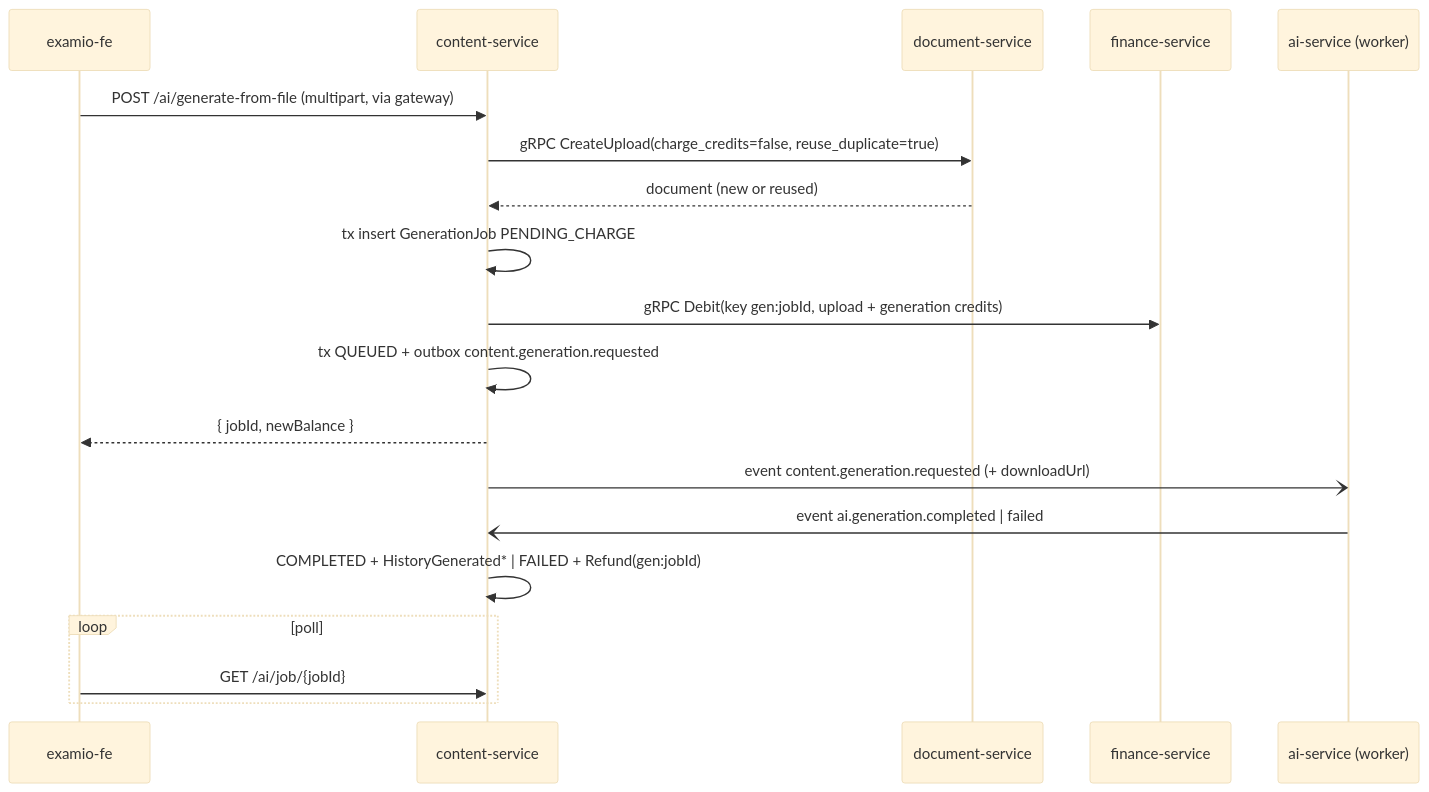
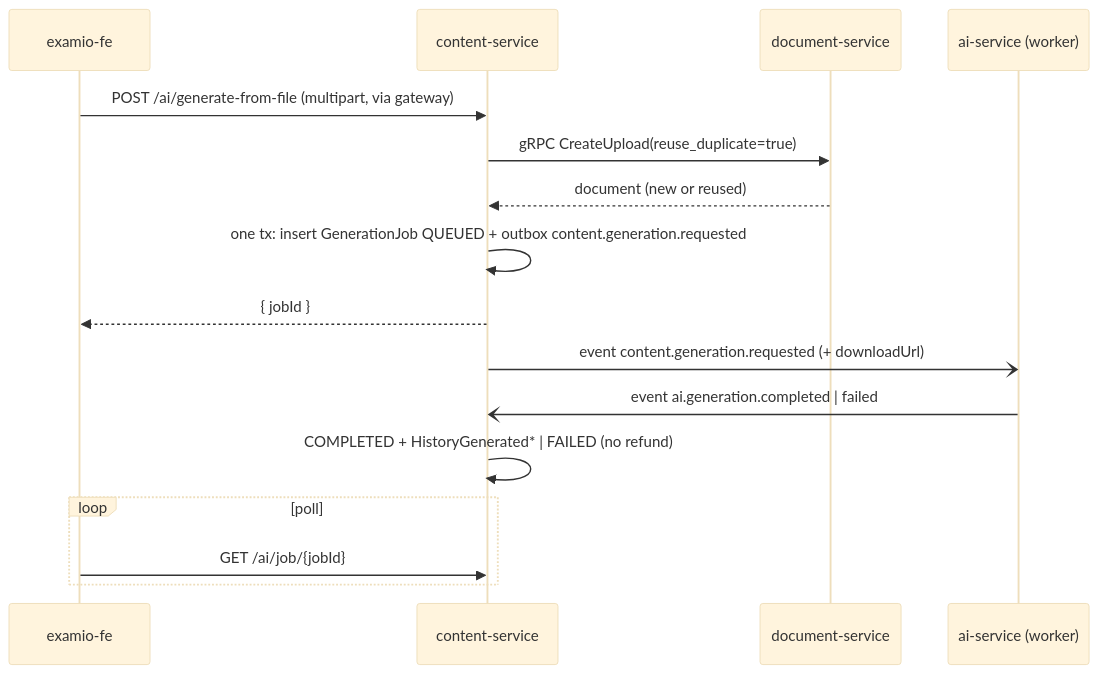
One commit to tgiap04/examio changed the fifth of 9 diagrams in docs/system/architecture.md. Above: the diagram before and after it, drawn with Mermaid (base theme). The commit also changed other lines of this file and 48 other files, not shown here.

Commit message:
docs: drop finance from architecture, system and feature docs

````diff
--- a/docs/system/architecture.md
+++ b/docs/system/architecture.md
@@ -291,21 +279,18 @@
 ```mermaid
 sequenceDiagram
     participant FE as examio-fe
     participant EX as content-service
     participant DOC as document-service
-    participant FIN as finance-service
     participant AI as ai-service (worker)
     FE->>EX: POST /ai/generate-from-file (multipart, via gateway)
-    EX->>DOC: gRPC CreateUpload(charge_credits=false, reuse_duplicate=true)
+    EX->>DOC: gRPC CreateUpload(reuse_duplicate=true)
     DOC-->>EX: document (new or reused)
-    EX->>EX: tx insert GenerationJob PENDING_CHARGE
-    EX->>FIN: gRPC Debit(key gen:jobId, upload + generation credits)
-    EX->>EX: tx QUEUED + outbox content.generation.requested
-    EX-->>FE: { jobId, newBalance }
+    EX->>EX: one tx: insert GenerationJob QUEUED + outbox content.generation.requested
+    EX-->>FE: { jobId }
     EX-)AI: event content.generation.requested (+ downloadUrl)
     AI-)EX: event ai.generation.completed | failed
-    EX->>EX: COMPLETED + HistoryGenerated* | FAILED + Refund(gen:jobId)
+    EX->>EX: COMPLETED + HistoryGenerated* | FAILED (no refund)
     loop poll
         FE->>EX: GET /ai/job/{jobId}
     end
 ```
````
